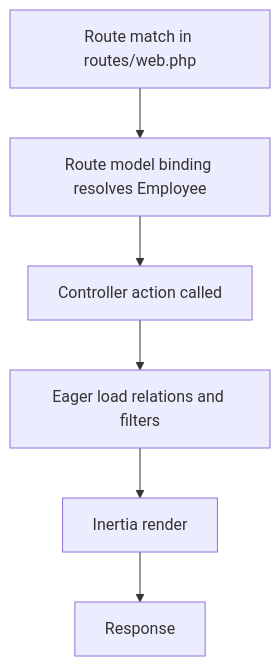
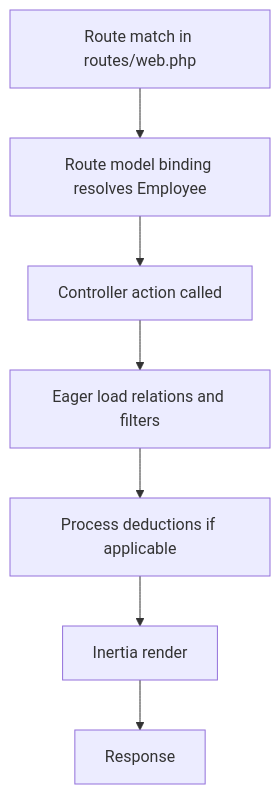
Before and after one commit to vincet0t15/template: the seventh of 9 diagrams in .qoder/repowiki/en/content/Architecture Overview/Backend Architecture.md, drawn with Mermaid. The commit also changed other lines of this file and 8 other files, not shown here.

````diff
--- a/.qoder/repowiki/en/content/Architecture Overview/Backend Architecture.md
+++ b/.qoder/repowiki/en/content/Architecture Overview/Backend Architecture.md
@@ -324,8 +425,9 @@
 ```mermaid
 flowchart TD
 RStart["Route match in routes/web.php"] --> RB["Route model binding resolves Employee"]
 RB --> CtrlCall["Controller action called"]
 CtrlCall --> Qry["Eager load relations and filters"]
-Qry --> Resp["Inertia render"]
+Qry --> Deduction["Process deductions if applicable"]
+Deduction --> Resp["Inertia render"]
 Resp --> REnd["Response"]
 ```
````
